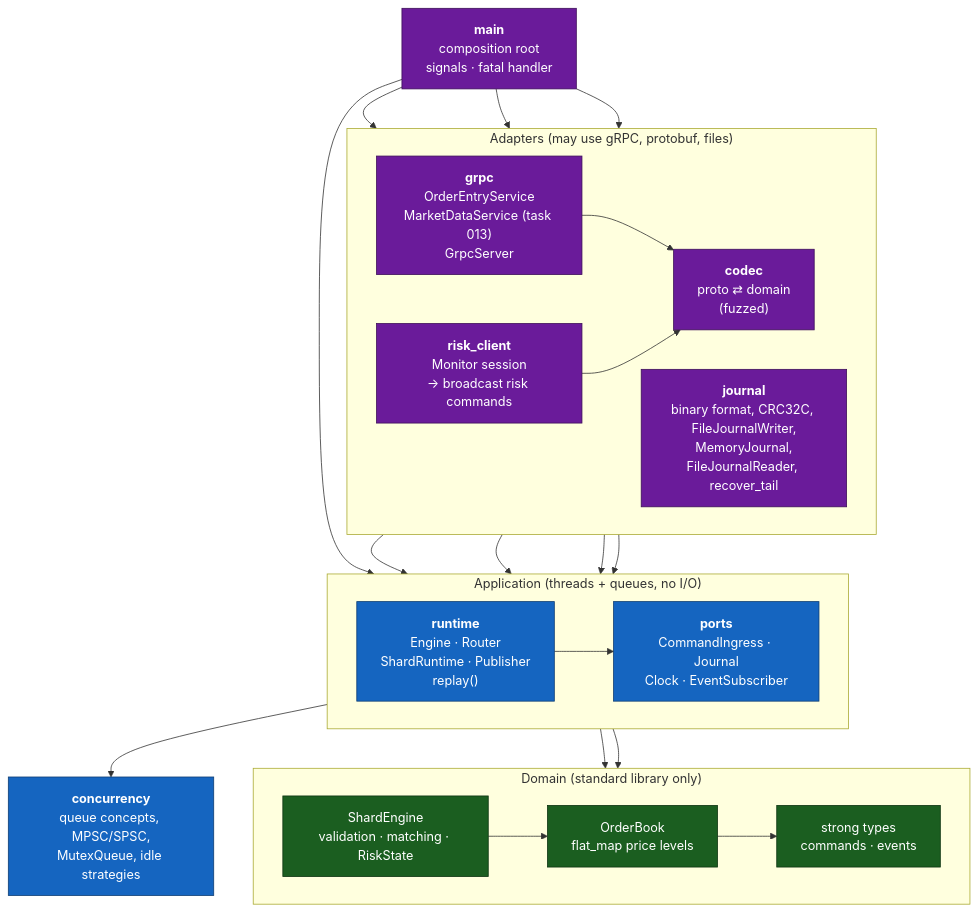
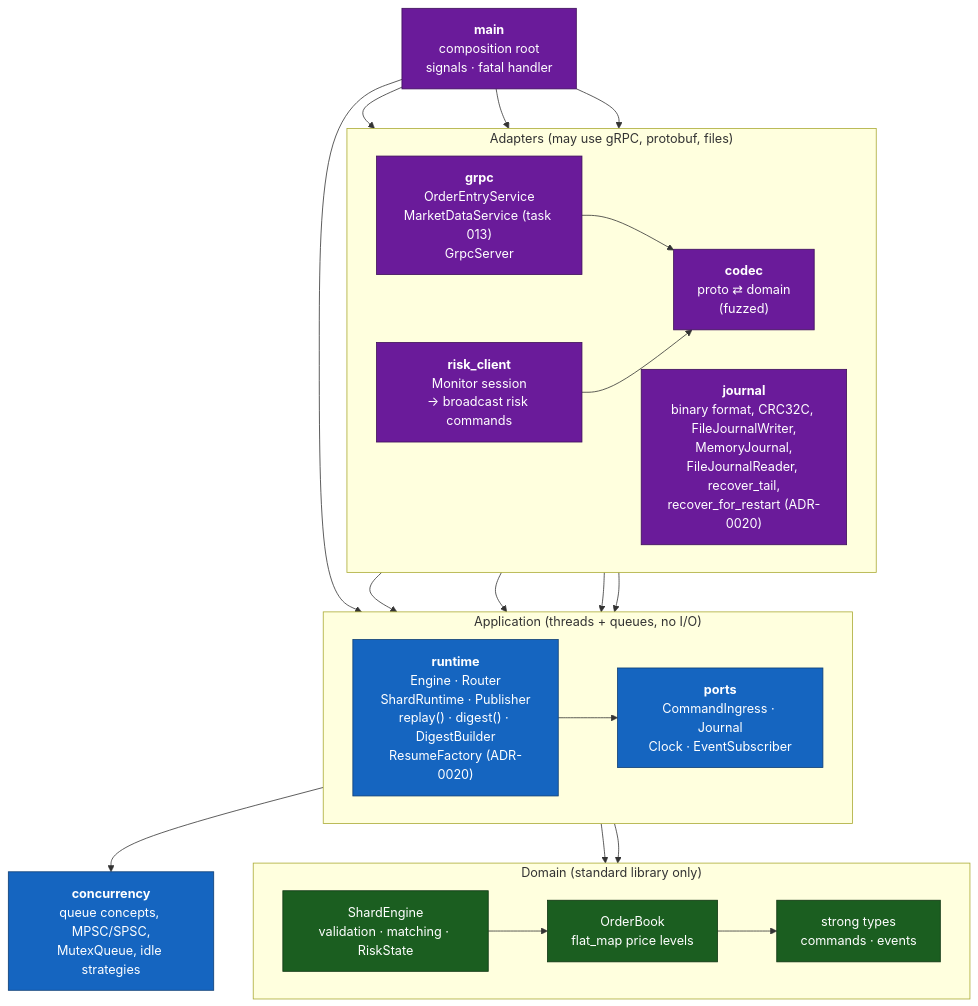
The second of 2 diagrams in docs/architecture/c4-container.md (Tomek52/lockstep-exchange), drawn with Mermaid before and after one commit. The commit also changed other lines of this file and 1 other file, not shown here.

First line of the commit message:
docs(architecture): describe startup recover/replay/resume and lockstep-replay (F9)

````diff
--- a/docs/architecture/c4-container.md
+++ b/docs/architecture/c4-container.md
@@ -45,46 +45,46 @@
 ```mermaid
 flowchart TB
     subgraph adapters["Adapters  (may use gRPC, protobuf, files)"]
         direction LR
         grpc["<b>grpc</b><br/>OrderEntryService<br/>MarketDataService (task 013)<br/>GrpcServer"]
         risk["<b>risk_client</b><br/>Monitor session<br/>→ broadcast risk commands"]
         codec["<b>codec</b><br/>proto ⇄ domain<br/>(fuzzed)"]
-        jrnl["<b>journal</b><br/>binary format, CRC32C, FileJournalWriter,<br/>MemoryJournal,<br/>FileJournalReader, recover_tail"]
+        jrnl["<b>journal</b><br/>binary format, CRC32C, FileJournalWriter,<br/>MemoryJournal,<br/>FileJournalReader, recover_tail,<br/>recover_for_restart (ADR-0020)"]
     end
 
     subgraph app["Application  (threads + queues, no I/O)"]
         direction LR
         ports["<b>ports</b><br/>CommandIngress · Journal<br/>Clock · EventSubscriber"]
-        runtime["<b>runtime</b><br/>Engine · Router<br/>ShardRuntime · Publisher<br/>replay()"]
+        runtime["<b>runtime</b><br/>Engine · Router<br/>ShardRuntime · Publisher<br/>replay() · digest() · DigestBuilder<br/>ResumeFactory (ADR-0020)"]
     end
 
     conc["<b>concurrency</b><br/>queue concepts, MPSC/SPSC,<br/>MutexQueue, idle strategies"]
 
     subgraph domain["Domain  (standard library only)"]
         direction LR
         types["strong types<br/>commands · events"]
         book["OrderBook<br/>flat_map price levels"]
         engine["ShardEngine<br/>validation · matching · RiskState"]
     end
 
     main["<b>main</b><br/>composition root<br/>signals · fatal handler"]
 
     main --> grpc & risk & jrnl & runtime
     grpc --> codec --> ports
     risk --> codec
     grpc --> ports
     risk --> ports
     jrnl --> ports
     runtime --> ports
     runtime --> conc
     runtime --> engine
     ports --> types
     engine --> book --> types
 
     classDef dom fill:#1b5e20,color:#fff,stroke:#0d3311
     classDef ap fill:#1565c0,color:#fff,stroke:#0d3d73
     classDef ad fill:#6a1b9a,color:#fff,stroke:#3d0f59
     class types,book,engine dom
     class ports,runtime,conc ap
     class grpc,risk,codec,jrnl,main ad
 ```
````
